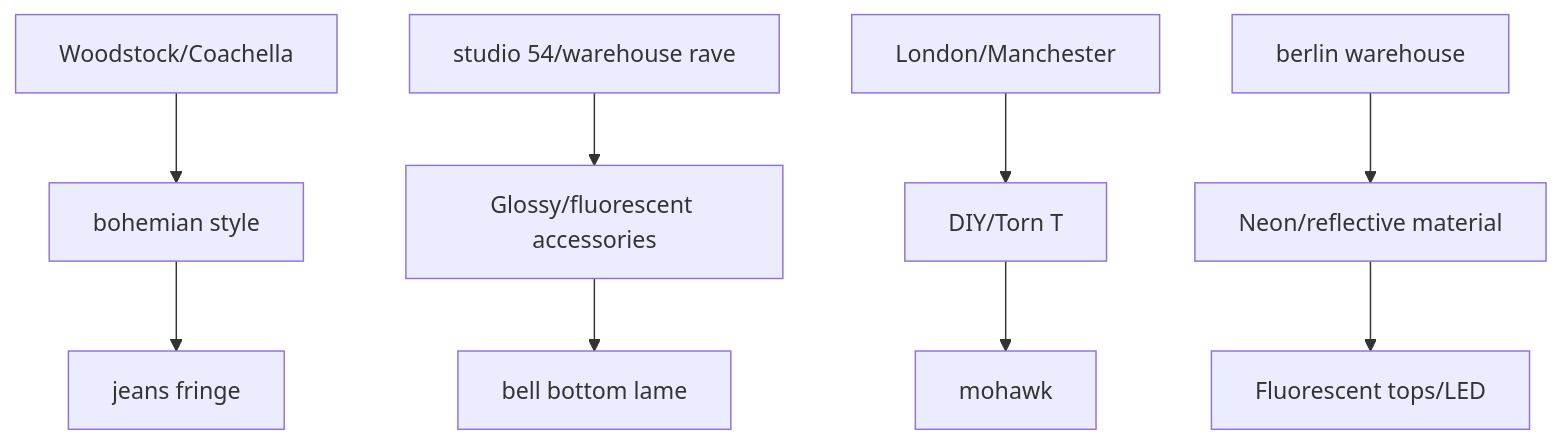
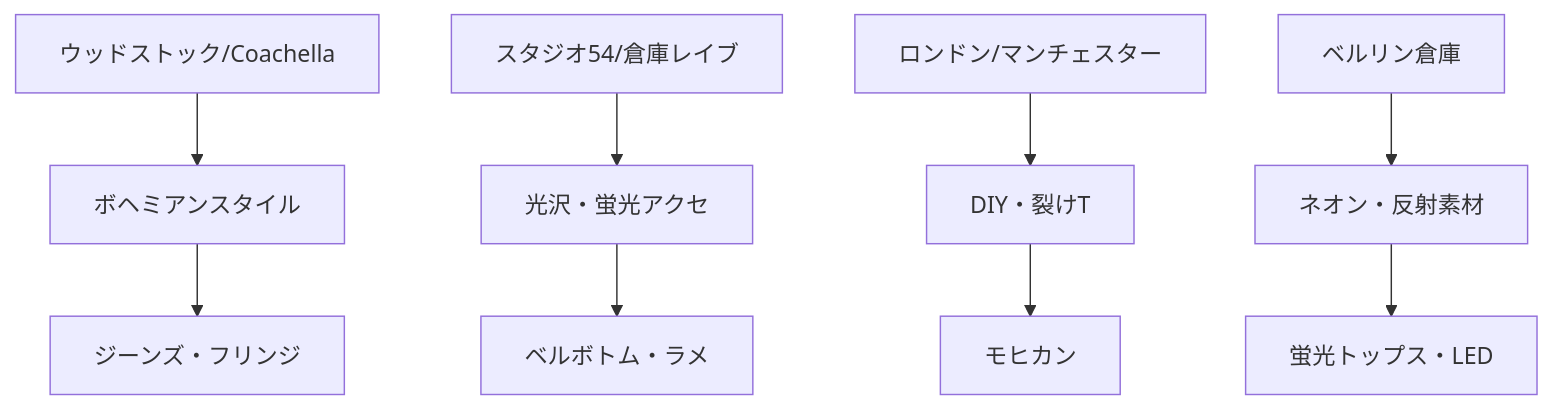
The sixth of 8 diagrams in en/_posts/2026-02-14-column-festival-fashion.md (monumental-movement/monumental-movement.github.io), drawn with Mermaid before and after one commit. The commit also changed other lines of this file and 2196 other files, not shown here.

```diff
--- a/en/_posts/2026-02-14-column-festival-fashion.md
+++ b/en/_posts/2026-02-14-column-festival-fashion.md
@@ -155,11 +155,11 @@
 <div class="mermaid">
 graph TD
-    US_West[Woodstock/Coachella] --> Boho[bohemian style]
-    US_East[studio 54/warehouse rave] --> Glow[Glossy/fluorescent accessories]
-    UK_London[London/Manchester] --> Punk[DIY/Torn T]
-    DE_Berlin[berlin warehouse] --> LED[Neon/reflective material]
-    Boho --> Jeans[jeans fringe]
-    Glow --> BellBottom[bell bottom lame]
-    Punk --> Mohawk[mohawk]
-    LED --> Neon[Fluorescent tops/LED]
+    US_West[ウッドストック/Coachella] --> Boho[ボヘミアンスタイル]
+    US_East[スタジオ54/倉庫レイブ] --> Glow[光沢・蛍光アクセ]
+    UK_London[ロンドン/マンチェスター] --> Punk[DIY・裂けT]
+    DE_Berlin[ベルリン倉庫] --> LED[ネオン・反射素材]
+    Boho --> Jeans[ジーンズ・フリンジ]
+    Glow --> BellBottom[ベルボトム・ラメ]
+    Punk --> Mohawk[モヒカン]
+    LED --> Neon[蛍光トップス・LED]
 </div>
```
